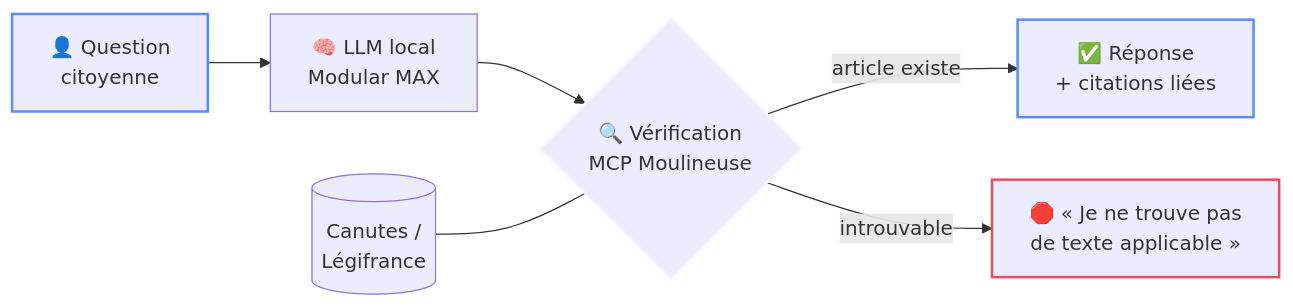
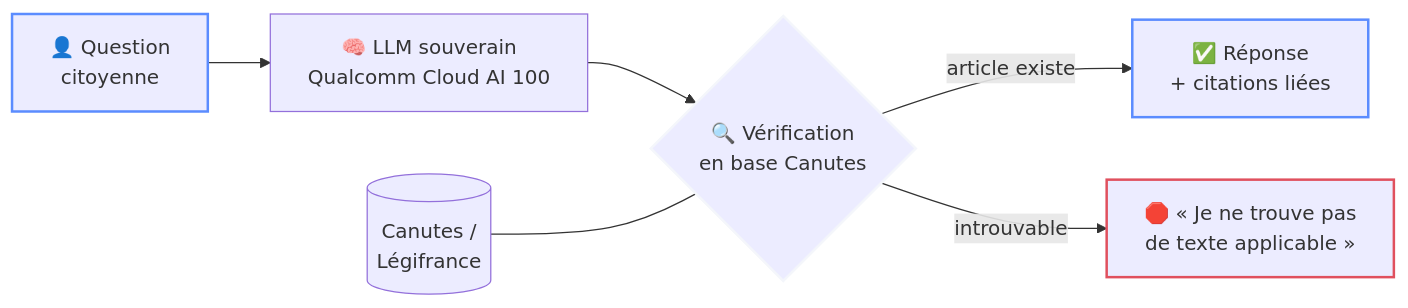
Before and after one commit to wilfred-dore/hackathon-assemblee-2026: the first of 2 diagrams in presentation/slides.md, drawn with Mermaid. The commit also changed other lines of this file and 4 other files, not shown here.

First line of the commit message:
Deck: corrige le contenu faux (Qualcomm/Canutes, pas MAX-local/Moulineuse) + nos slides + roadmap

````diff
--- a/presentation/slides.md
+++ b/presentation/slides.md
@@ -95,12 +95,12 @@
 ```mermaid {scale: 0.9}
 flowchart LR
-    Q["👤 Question<br>citoyenne"] --> LLM["🧠 LLM local<br>Modular MAX"]
-    LLM --> V{"🔍 Vérification<br>MCP Moulineuse"}
+    Q["👤 Question<br>citoyenne"] --> LLM["🧠 LLM souverain<br>Qualcomm Cloud AI 100"]
+    LLM --> V{"🔍 Vérification<br>en base Canutes"}
     V -->|"article existe"| R["✅ Réponse<br>+ citations liées"]
     V -->|"introuvable"| N["🛑 « Je ne trouve pas<br>de texte applicable »"]
     DB[("Canutes /<br>Légifrance")] --- V
     style Q stroke:#5b8cff,stroke-width:2px
     style R stroke:#5b8cff,stroke-width:2px
     style N stroke:#e0505e,stroke-width:2px
     style V stroke:#f4f6fb,stroke-width:2px
 ```
````
